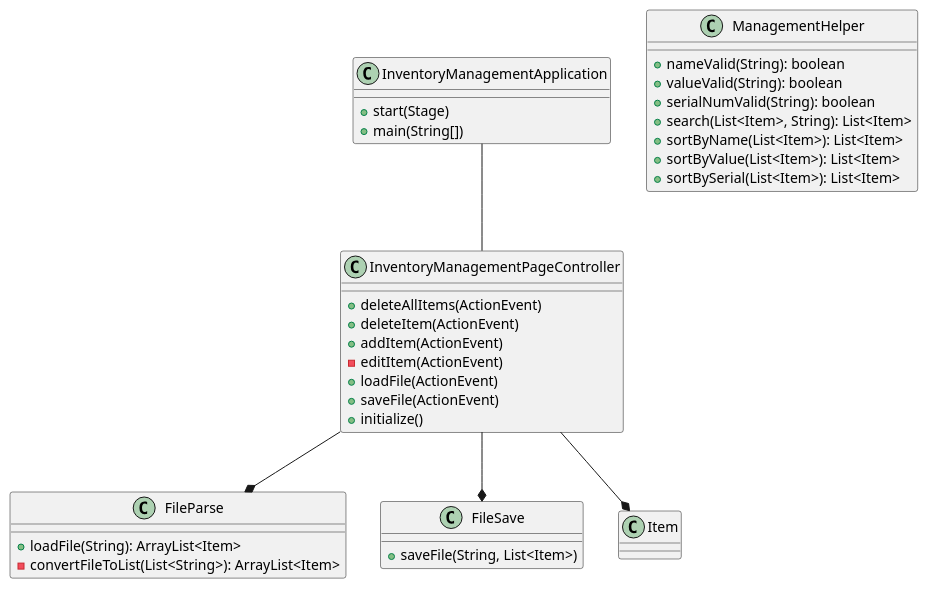
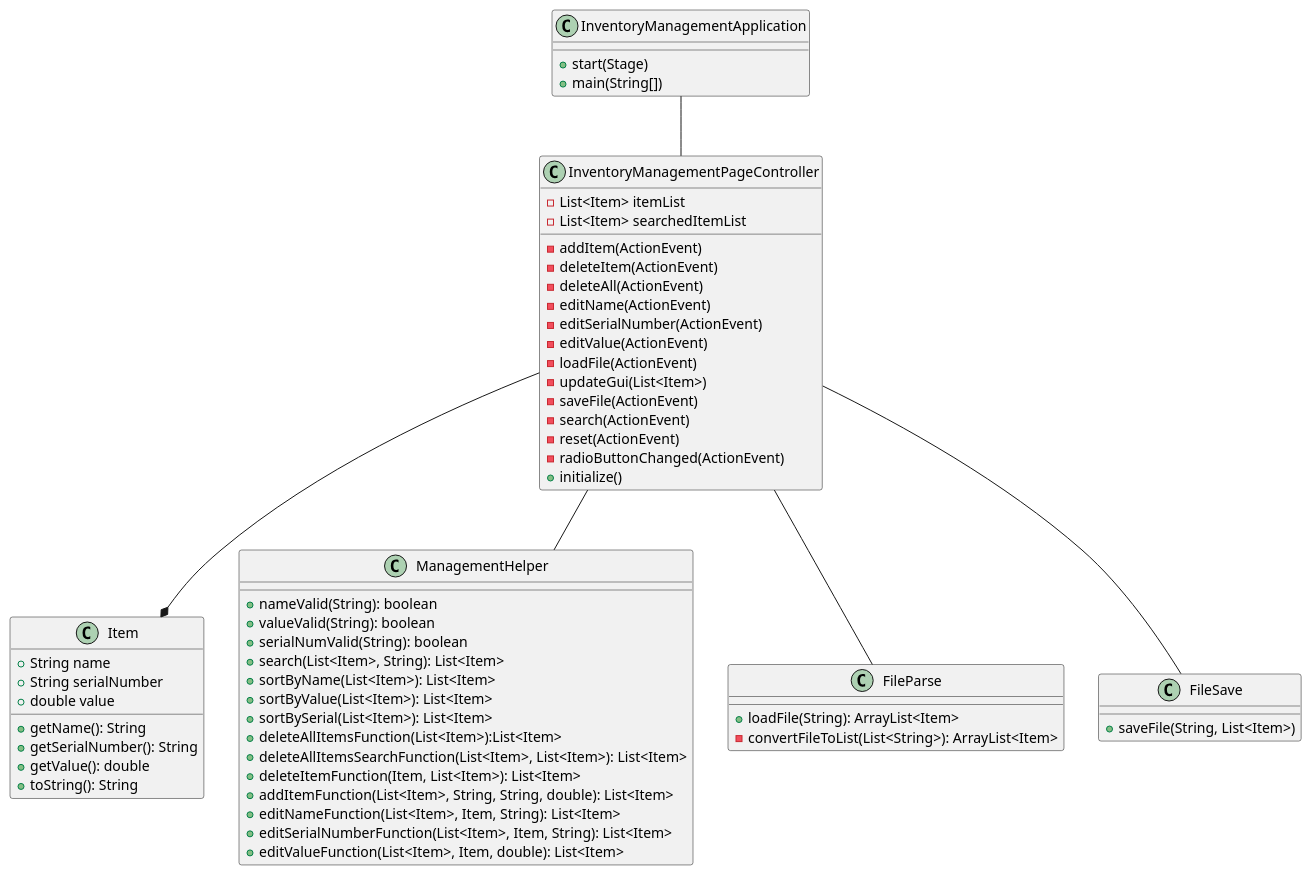
One commit to RicardoB1437/barrios-app2 changed the diagram in InventoryApp/docs/PlantUML.puml. Above: the diagram before and after it, drawn with PlantUML. The commit also changed 7 other files, not shown here.

```diff
--- a/InventoryApp/docs/PlantUML.puml
+++ b/InventoryApp/docs/PlantUML.puml
@@ -1,49 +1,78 @@
 @startuml
+
+class Item
+{
+    +String name
+    +String serialNumber
+    +double value
+
+    +getName(): String
+    +getSerialNumber(): String
+    +getValue(): double
+    +toString(): String
+}
 
 class InventoryManagementApplication
 {
     +start(Stage)
     +main(String[])
     'calls launch() which calls start
     'shows the stage
 }
 
 class InventoryManagementPageController
 {
-    +deleteAllItems(ActionEvent)
-    +deleteItem(ActionEvent)
-    +addItem(ActionEvent)
-    -editItem(ActionEvent)
-    +loadFile(ActionEvent)
-    +saveFile(ActionEvent)
+    -List<Item> itemList
+    -List<Item> searchedItemList
+
+    -addItem(ActionEvent)
+    -deleteItem(ActionEvent)
+    -deleteAll(ActionEvent)
+    -editName(ActionEvent)
+    -editSerialNumber(ActionEvent)
+    -editValue(ActionEvent)
+    -loadFile(ActionEvent)
+    -updateGui(List<Item>)
+    -saveFile(ActionEvent)
+    -search(ActionEvent)
+    -reset(ActionEvent)
+    -radioButtonChanged(ActionEvent)
     +initialize()
 }
 
 class ManagementHelper
 {
     +nameValid(String): boolean
     +valueValid(String): boolean
     +serialNumValid(String): boolean
     +search(List<Item>, String): List<Item>
     +sortByName(List<Item>): List<Item>
     +sortByValue(List<Item>): List<Item>
     +sortBySerial(List<Item>): List<Item>
+    +deleteAllItemsFunction(List<Item>):List<Item>
+    +deleteAllItemsSearchFunction(List<Item>, List<Item>): List<Item>
+    +deleteItemFunction(Item, List<Item>): List<Item>
+    +addItemFunction(List<Item>, String, String, double): List<Item>
+    +editNameFunction(List<Item>, Item, String): List<Item>
+    +editSerialNumberFunction(List<Item>, Item, String): List<Item>
+    +editValueFunction(List<Item>, Item, double): List<Item>
 }
 
 class FileParse
 {
     +loadFile(String): ArrayList<Item>
     -convertFileToList(List<String>): ArrayList<Item>
 }
 
 class FileSave
 {
     +saveFile(String, List<Item>)
 }
 
 InventoryManagementApplication -- InventoryManagementPageController
 InventoryManagementPageController --* Item
-InventoryManagementPageController --* FileSave
-InventoryManagementPageController --* FileParse
+InventoryManagementPageController -- ManagementHelper
+InventoryManagementPageController -- FileSave
+InventoryManagementPageController -- FileParse
 
 @enduml
```
